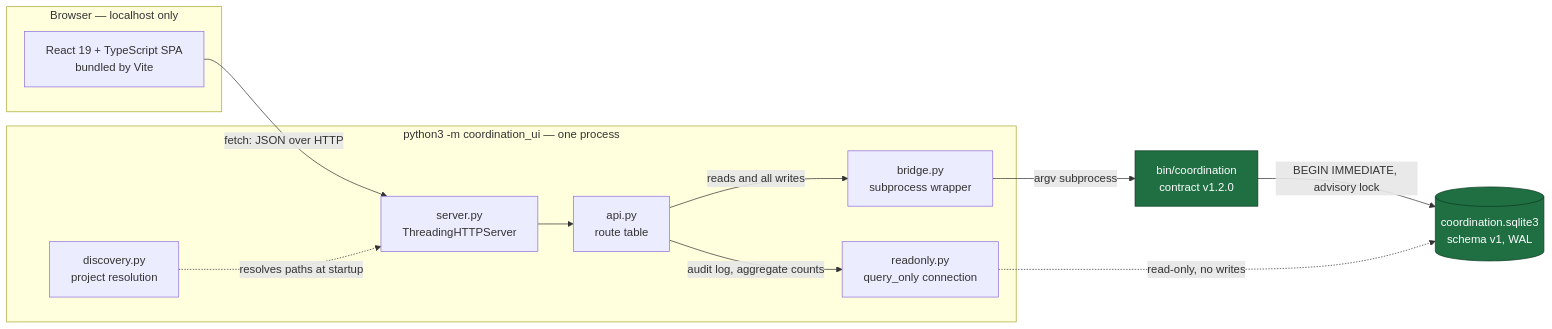
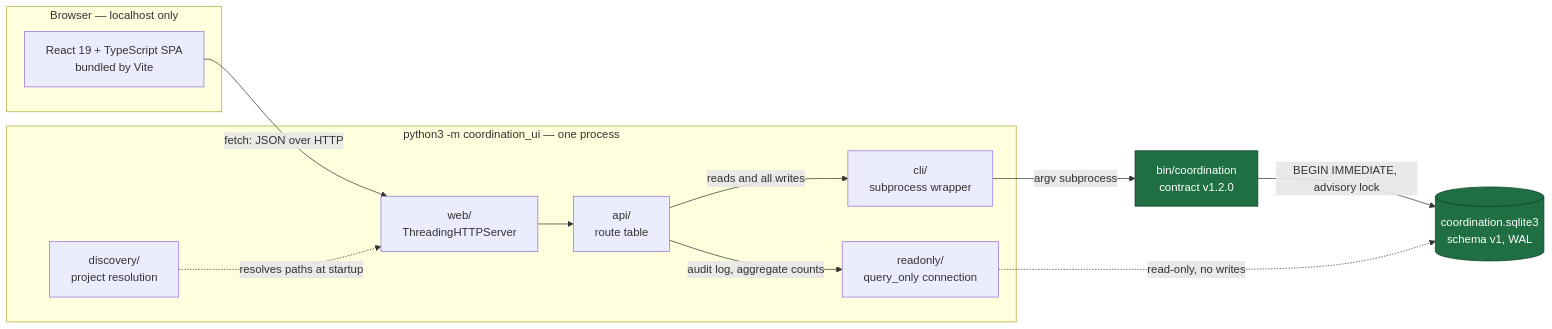
The first of 9 diagrams in .documents/coordination-console-design.md (jnuez94/agentic-scaffold-project-task-tracker), drawn with Mermaid before and after one commit. The commit also changed other lines of this file and 1 other file, not shown here.

````diff
--- a/.documents/coordination-console-design.md
+++ b/.documents/coordination-console-design.md
@@ -46,29 +59,29 @@
 ```mermaid
 flowchart LR
     subgraph browser["Browser — localhost only"]
         SPA["React 19 + TypeScript SPA<br/>bundled by Vite"]
     end
 
     subgraph python["python3 -m coordination_ui — one process"]
-        HTTP["server.py<br/>ThreadingHTTPServer"]
-        API["api.py<br/>route table"]
-        BRIDGE["bridge.py<br/>subprocess wrapper"]
-        RO["readonly.py<br/>query_only connection"]
-        DISC["discovery.py<br/>project resolution"]
+        HTTP["web/<br/>ThreadingHTTPServer"]
+        API["api/<br/>route table"]
+        BRIDGE["cli/<br/>subprocess wrapper"]
+        RO["readonly/<br/>query_only connection"]
+        DISC["discovery/<br/>project resolution"]
     end
 
     CLI["bin/coordination<br/>contract v1.2.0"]
     DB[("coordination.sqlite3<br/>schema v1, WAL")]
 
     SPA -->|"fetch: JSON over HTTP"| HTTP
     HTTP --> API
     API -->|"reads and all writes"| BRIDGE
     API -->|"audit log, aggregate counts"| RO
     BRIDGE -->|"argv subprocess"| CLI
     CLI -->|"BEGIN IMMEDIATE, advisory lock"| DB
     RO -.->|"read-only, no writes"| DB
     DISC -.->|"resolves paths at startup"| HTTP
 
     classDef authority fill:#1f6f43,stroke:#0d3b23,color:#fff
     class CLI,DB authority
 ```
````
